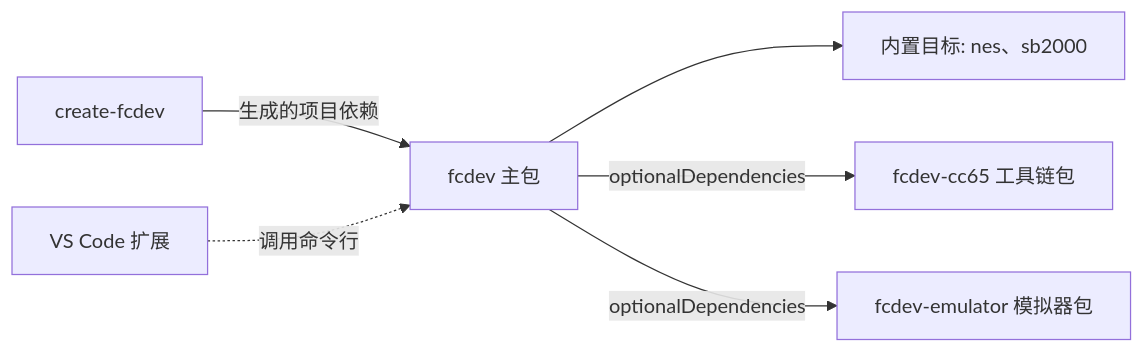
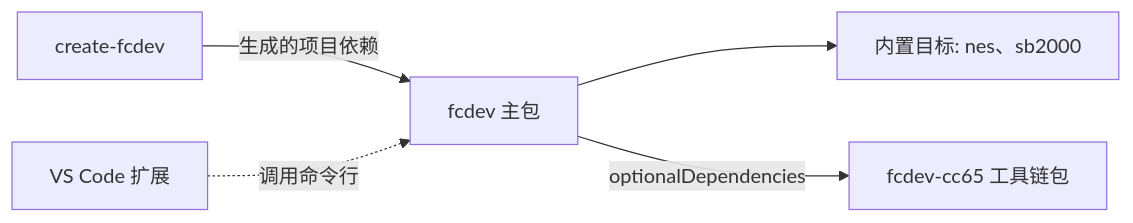
One commit to sungbindev/famiclone changed the diagram in packages/fcdev/docs/01-软件架构设计.md. Above: the diagram before and after it, drawn with Mermaid. The commit also changed other lines of this file and 74 other files, not shown here.

````diff
--- a/packages/fcdev/docs/01-软件架构设计.md
+++ b/packages/fcdev/docs/01-软件架构设计.md
@@ -43,8 +43,7 @@
 ```mermaid
 flowchart LR
   CREATE[create-fcdev] -->|生成的项目依赖| CLI[fcdev 主包]
   CLI --> TG[内置目标: nes、sb2000]
   CLI -->|optionalDependencies| TC[fcdev-cc65 工具链包]
-  CLI -->|optionalDependencies| EM[fcdev-emulator 模拟器包]
   EXT[VS Code 扩展] -.->|调用命令行| CLI
 ```
````
